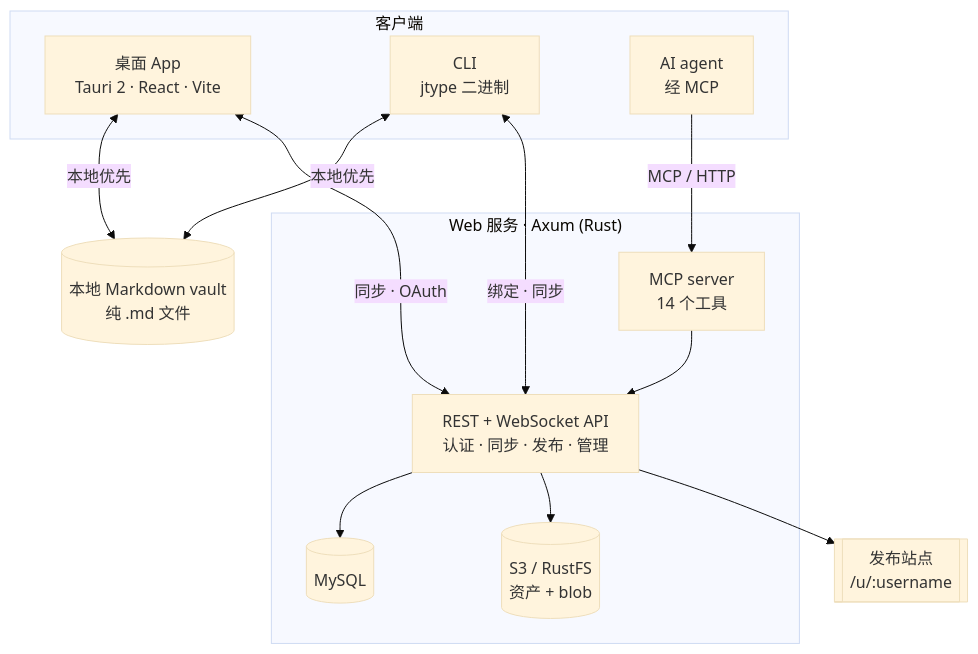
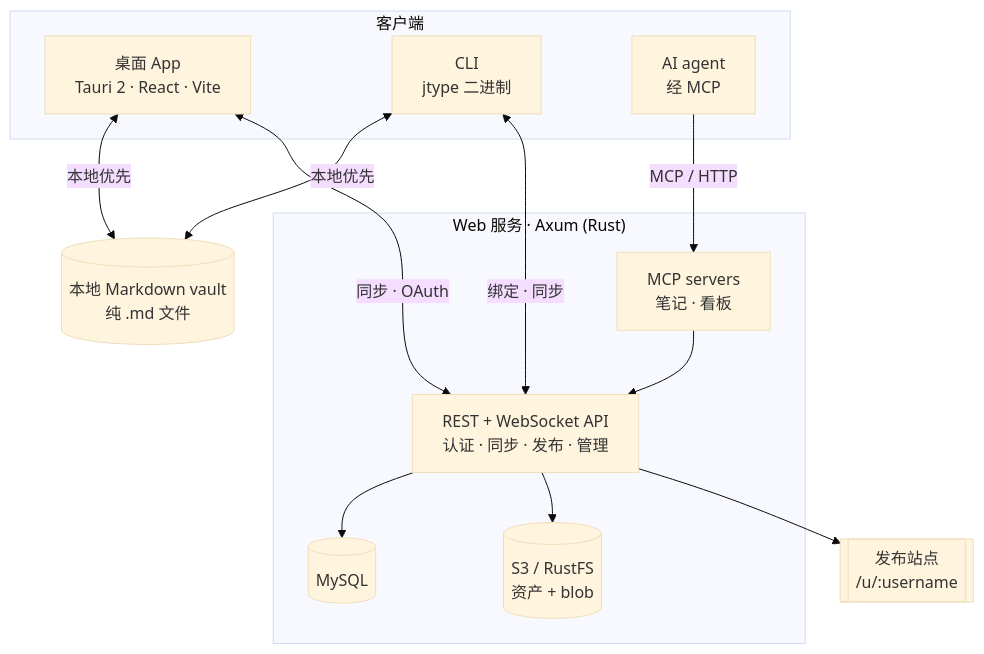
The third of 3 diagrams in README.zh-CN.md (cnjack/jtype), drawn with Mermaid (base theme) before and after one commit. The commit also changed other lines of this file and 112 other files, not shown here.

````diff
--- a/README.zh-CN.md
+++ b/README.zh-CN.md
@@ -182,29 +187,29 @@
 ```mermaid
 flowchart TB
     subgraph clients["客户端"]
         D["桌面 App<br/>Tauri 2 · React · Vite"]
         C["CLI<br/>jtype 二进制"]
         AG["AI agent<br/>经 MCP"]
     end
 
     V[("本地 Markdown vault<br/>纯 .md 文件")]
 
     subgraph cloud["Web 服务 · Axum (Rust)"]
         API["REST + WebSocket API<br/>认证 · 同步 · 发布 · 管理"]
-        MCP["MCP server<br/>14 个工具"]
+        MCP["MCP servers<br/>笔记 · 看板"]
         DB[("MySQL")]
         OBJ[("S3 / RustFS<br/>资产 + blob")]
     end
 
     SITE[["发布站点<br/>/u/:username"]]
 
     D <-->|本地优先| V
     C <-->|本地优先| V
     D <-->|同步 · OAuth| API
     C <-->|绑定 · 同步| API
     AG -->|MCP / HTTP| MCP
     MCP --> API
     API --> DB
     API --> OBJ
     API --> SITE
 ```
````
